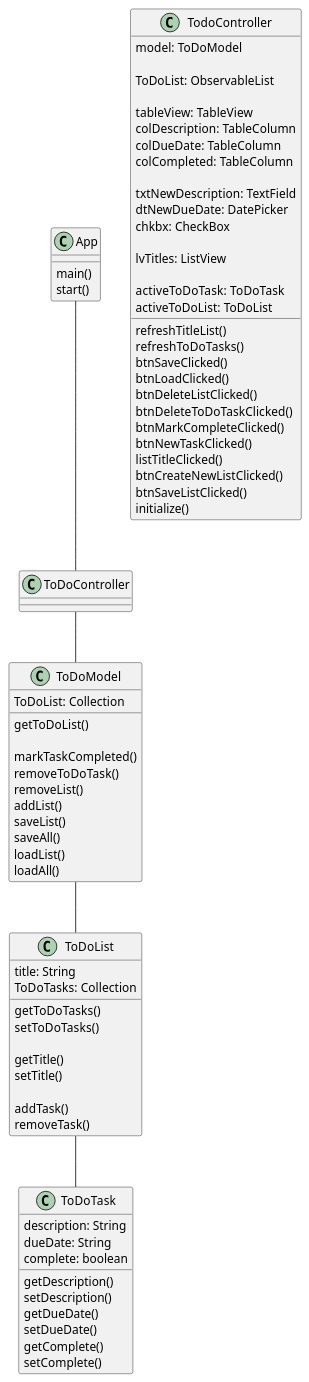
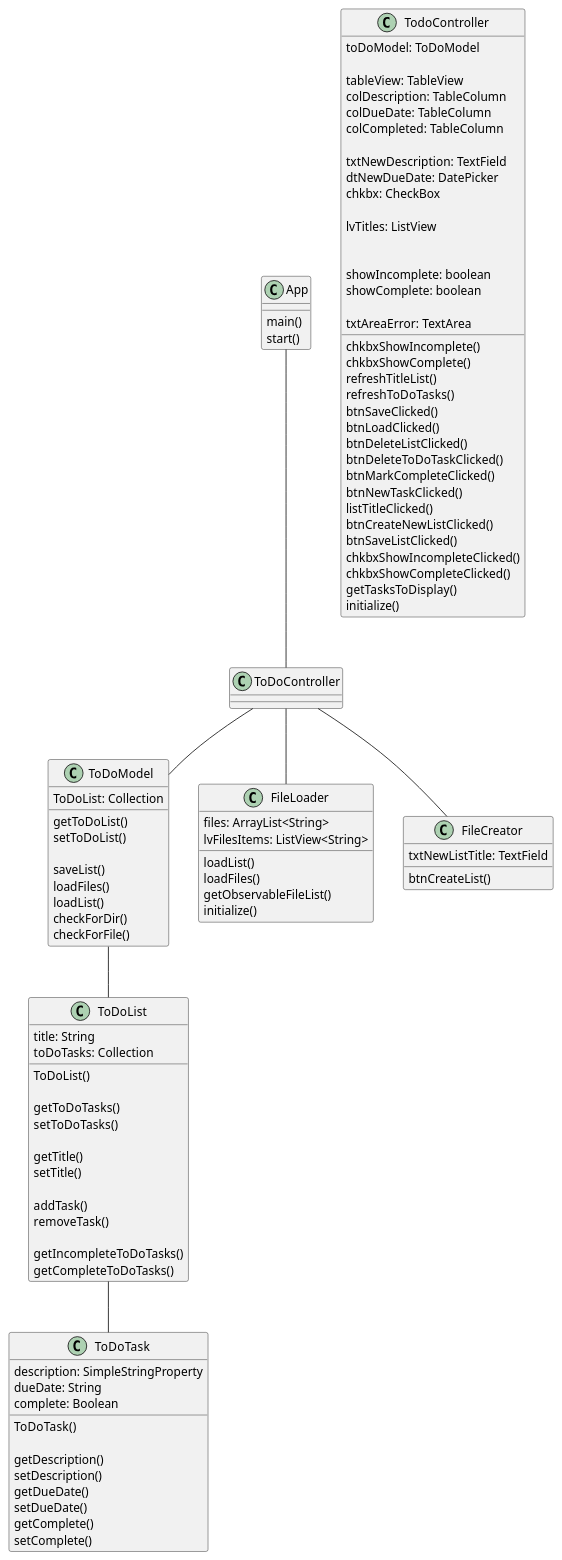
Before and after one commit to michaelvuolo/vuolo-cop3330-assignment4part2: the diagram in uml/app.puml, drawn with PlantUML. The commit also changed 15 other files, not shown here.

```diff
--- a/uml/app.puml
+++ b/uml/app.puml
@@ -1,88 +1,117 @@
 @startuml
 
 class App {
     main()
     start()
 }
 
 class TodoController {
-    model: ToDoModel
-
-    ToDoList: ObservableList
+    toDoModel: ToDoModel
 
     tableView: TableView
     colDescription: TableColumn
     colDueDate: TableColumn
     colCompleted: TableColumn
 
     txtNewDescription: TextField
     dtNewDueDate: DatePicker
     chkbx: CheckBox
 
     lvTitles: ListView
 
-    activeToDoTask: ToDoTask
-    activeToDoList: ToDoList
+    chkbxShowIncomplete()
+    chkbxShowComplete()
+
+    showIncomplete: boolean
+    showComplete: boolean
+
+    txtAreaError: TextArea
 
     refreshTitleList()
     refreshToDoTasks()
     btnSaveClicked()
     btnLoadClicked()
     btnDeleteListClicked()
     btnDeleteToDoTaskClicked()
     btnMarkCompleteClicked()
     btnNewTaskClicked()
     listTitleClicked()
     btnCreateNewListClicked()
     btnSaveListClicked()
+    chkbxShowIncompleteClicked()
+    chkbxShowCompleteClicked()
+    getTasksToDisplay()
     initialize()
 }
 
 class ToDoModel {
     ToDoList: Collection
 
     getToDoList()
+    setToDoList()
 
-    markTaskCompleted()
-    removeToDoTask()
-    removeList()
-    addList()
     saveList()
-    saveAll()
+    loadFiles()
     loadList()
-    loadAll()
+    checkForDir()
+    checkForFile()
 }
 
 class ToDoList {
     title: String
-    ToDoTasks: Collection
+    toDoTasks: Collection
+
+    ToDoList()
 
     getToDoTasks()
     setToDoTasks()
 
     getTitle()
     setTitle()
 
     addTask()
     removeTask()
+
+    getIncompleteToDoTasks()
+    getCompleteToDoTasks()
 }
 
 class ToDoTask {
-    description: String
+    description: SimpleStringProperty
     dueDate: String
-    complete: boolean
+    complete: Boolean
+
+    ToDoTask()
 
     getDescription()
     setDescription()
     getDueDate()
     setDueDate()
     getComplete()
     setComplete()
 }
 
+class FileLoader {
+    files: ArrayList<String>
+    lvFilesItems: ListView<String>
+
+    loadList()
+    loadFiles()
+    getObservableFileList()
+    initialize()
+}
+
+class FileCreator {
+    txtNewListTitle: TextField
+
+    btnCreateList()
+}
+
 App -- ToDoController
 ToDoController -- ToDoModel
+ToDoController -- FileLoader
+ToDoController -- FileCreator
 ToDoModel -- ToDoList
 ToDoList -- ToDoTask
 
 @enduml
```
